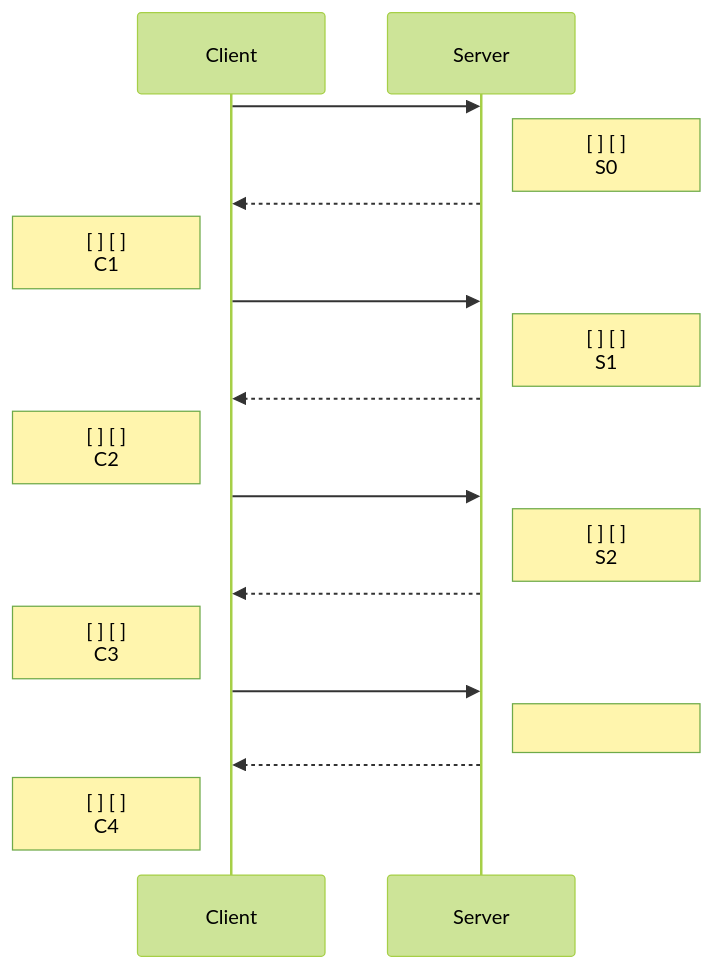
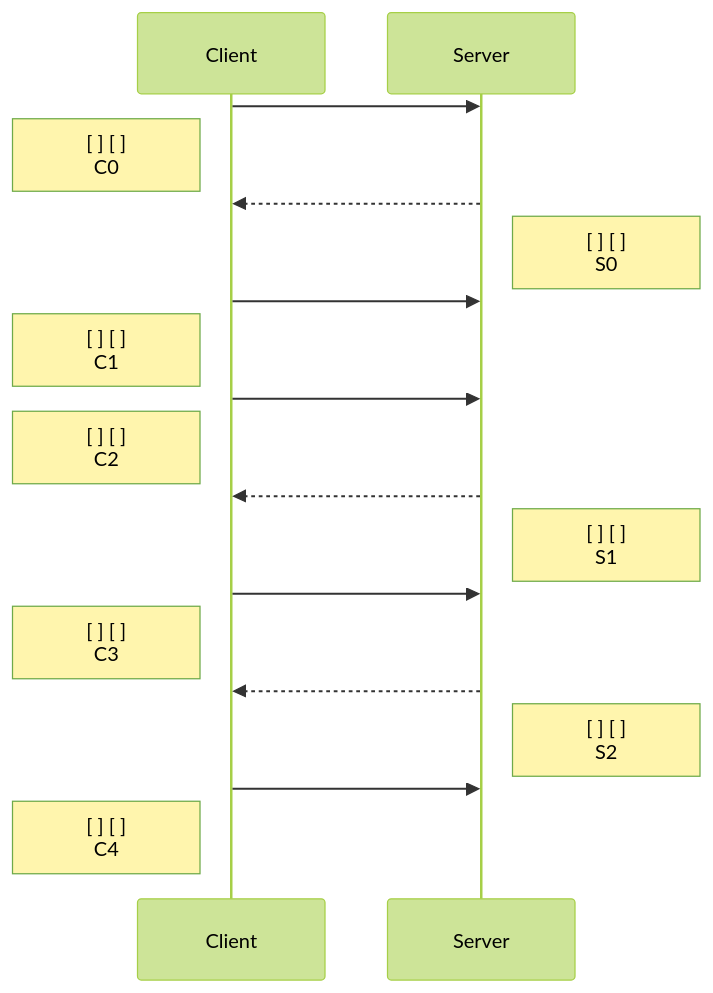
The fourth of 6 diagrams in content/4.Semester/Informatik/RNVS/RNVS-Klausurvorbereitung/2015/RNVS-Klausur-2015.md (noluyorAbi/quartzDeployment), drawn with Mermaid (forest theme) before and after one commit. The commit also changed other lines of this file and 4 other files, not shown here.

````diff
--- a/content/4.Semester/Informatik/RNVS/RNVS-Klausurvorbereitung/2015/RNVS-Klausur-2015.md
+++ b/content/4.Semester/Informatik/RNVS/RNVS-Klausurvorbereitung/2015/RNVS-Klausur-2015.md
@@ -288,30 +540,30 @@
 ```mermaid
 sequenceDiagram
     participant Client
     participant Server
 
     Client->>Server:
+    Note left of Client: [ ] [ ] <br/> C0
+
+    Server-->>Client:
     Note right of Server: [ ] [ ] <br/> S0
 
-    Server-->>Client:
+    Client->>Server:
     Note left of Client: [ ] [ ] <br/> C1
 
     Client->>Server:
+    Note left of Client: [ ] [ ] <br/> C2
+
+Server-->>Client:
     Note right of Server: [ ] [ ] <br/> S1
 
-    Server-->>Client:
-    Note left of Client: [ ] [ ] <br/> C2
+    Client->>Server:
+    Note left of Client: [ ] [ ] <br/> C3
 
-    Client->>Server:
+Server-->>Client:
     Note right of Server: [ ] [ ] <br/> S2
 
-    Server-->>Client:
-    Note left of Client: [ ] [ ] <br/> C3
-
-    Client->>Server:
-    Note right of Server:
-
-    Server-->>Client:
+   Client->>Server:
     Note left of Client: [ ] [ ] <br/> C4
 
 ```
````
